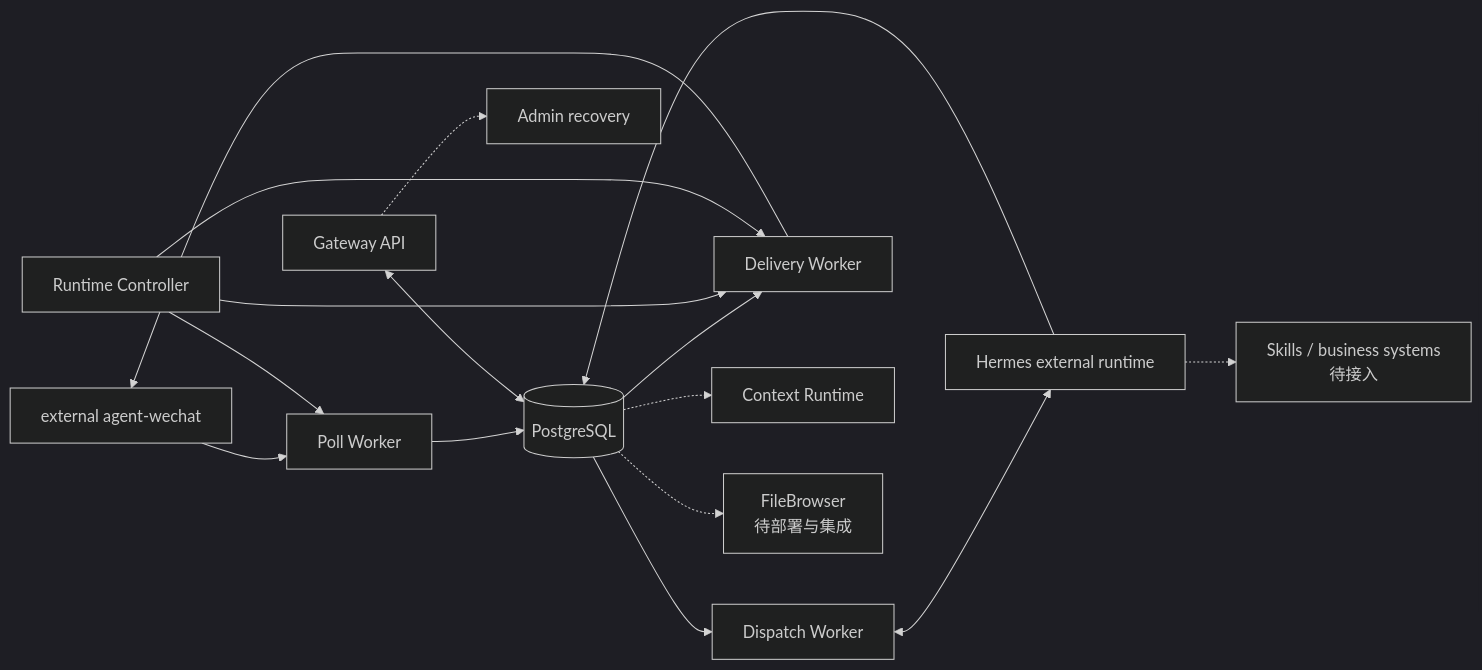
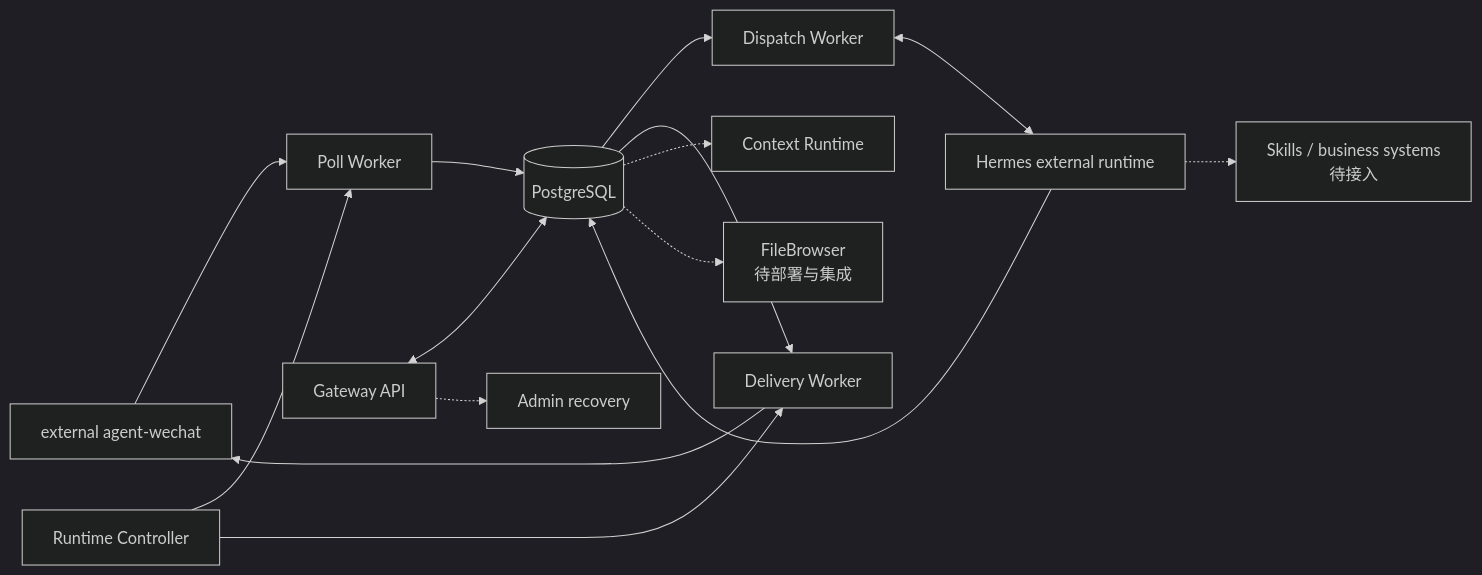
One commit to Tangbohu09527/CF_ecommerce-automation-docs changed the diagram in architecture/component-map.md. Above: the diagram before and after it, drawn with Mermaid (dark theme). The commit also changed 11 other files, not shown here.

````diff
--- a/architecture/component-map.md
+++ b/architecture/component-map.md
@@ -21,14 +21,14 @@
 ```mermaid
 flowchart LR
     AW["external agent-wechat"] --> PW["Poll Worker"] --> PG[("PostgreSQL")]
     API["Gateway API"] <--> PG
     PG --> DW["Dispatch Worker"] <--> H["Hermes external runtime"]
     H --> PG --> DLW["Delivery Worker"] --> AW
-    CTL["Runtime Controller"] --> PW
-    CTL --> DLW
+    CTL["Runtime Controller"]
+    CTL --> PW
     CTL --> DLW
     PG -.-> CTX["Context Runtime"]
     API -.-> ADM["Admin recovery"]
     H -.-> SK["Skills / business systems<br/>待接入"]
     PG -.-> FB["FileBrowser<br/>待部署与集成"]
 ```
````
